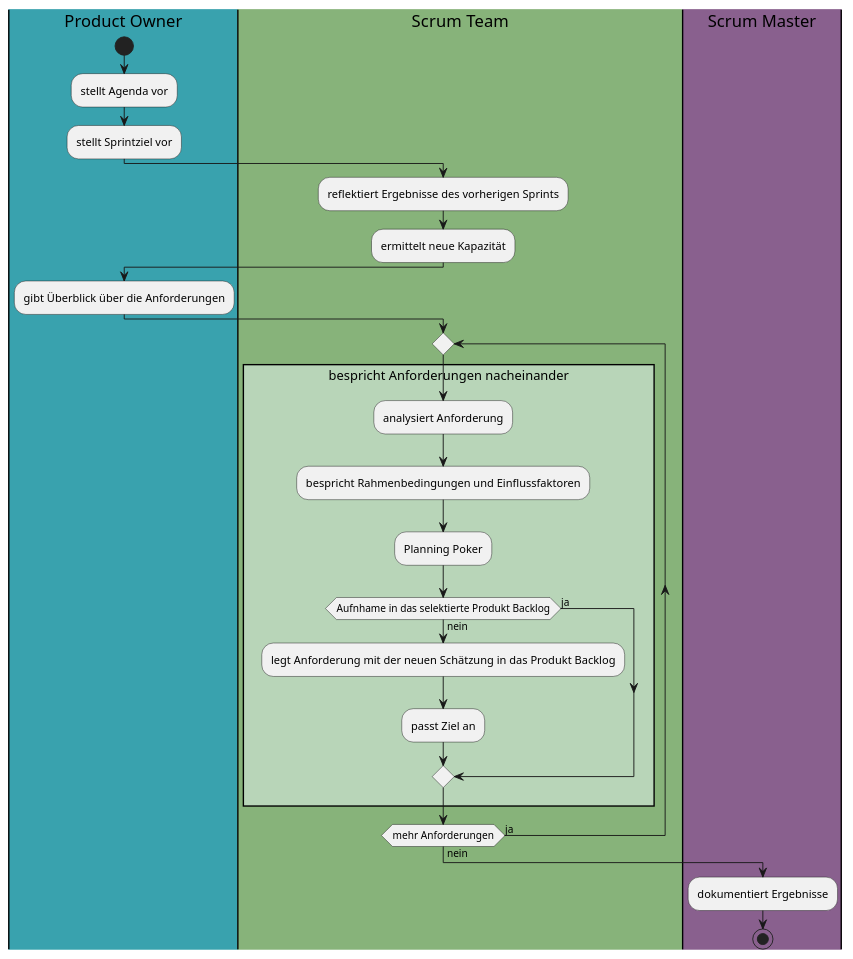
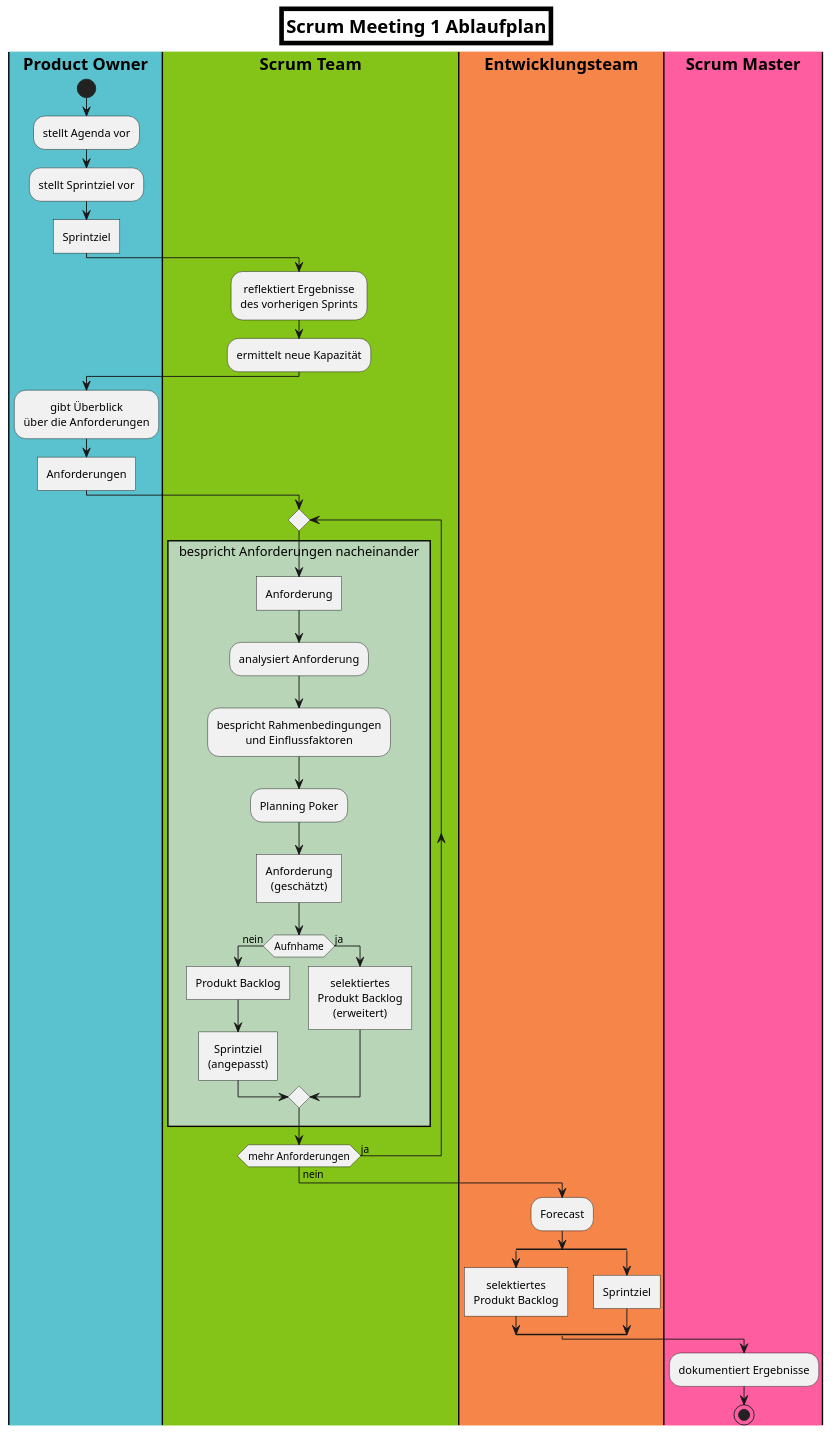
The diagram in uml/uebung3/ex01.pu (mraethel/senSE1), drawn with PlantUML before and after one commit. The commit also changed 1 other file, not shown here.

Commit message:
~ uebung3.plantuml (docs)

```diff
--- a/uml/uebung3/ex01.pu
+++ b/uml/uebung3/ex01.pu
@@ -1,34 +1,54 @@
 @startuml
 
-|#39A2AE|Product Owner|
+skinparam DefaultTextAlignment center
+skinparam TitleFontSize 20
+skinparam TitleBorderColor black
+skinparam TitleBorderThickness 5
+skinparam SwimlaneTitleFontStyle bold
+
+title Scrum Meeting 1 Ablaufplan
+
+|#59C2CE|Product Owner|
 start
 :stellt Agenda vor;
 :stellt Sprintziel vor;
+:Sprintziel]
 
-|#87B37A|Scrum Team|
-:reflektiert Ergebnisse des vorherigen Sprints;
+|#84C318|Scrum Team|
+:reflektiert Ergebnisse\ndes vorherigen Sprints;
 :ermittelt neue Kapazität;
 
 |Product Owner|
-:gibt Überblick über die Anforderungen;
+:gibt Überblick\nüber die Anforderungen;
+:Anforderungen]
 
 |Scrum Team|
 repeat
-skinparam defaultTextAlignment left
 rectangle #B8D5B8 (bespricht Anforderungen nacheinander) {
+  :Anforderung]
   :analysiert Anforderung;
-  :bespricht Rahmenbedingungen und Einflussfaktoren;
+  :bespricht Rahmenbedingungen\lund Einflussfaktoren;
   :Planning Poker;
-  if (Aufnhame in das selektierte Produkt Backlog) then (nein)
-    :legt Anforderung mit der neuen Schätzung in das Produkt Backlog;
-    :passt Ziel an;
+  :Anforderung\n(geschätzt)]
+  if (Aufnhame) then (nein)
+    :Produkt Backlog]
+    :Sprintziel\n(angepasst)]
   else (ja)
+    :selektiertes\nProdukt Backlog\n(erweitert)]
   endif
 }
 repeat while (mehr Anforderungen) is (ja) not (nein)
 
-|#89608E|Scrum Master|
+|#F58549|Entwicklungsteam|
+:Forecast;
+split
+  :selektiertes\nProdukt Backlog]
+split again
+  :Sprintziel]
+end split
+
+|#FE5D9F|Scrum Master|
 :dokumentiert Ergebnisse;
 stop
 
 @enduml
```
